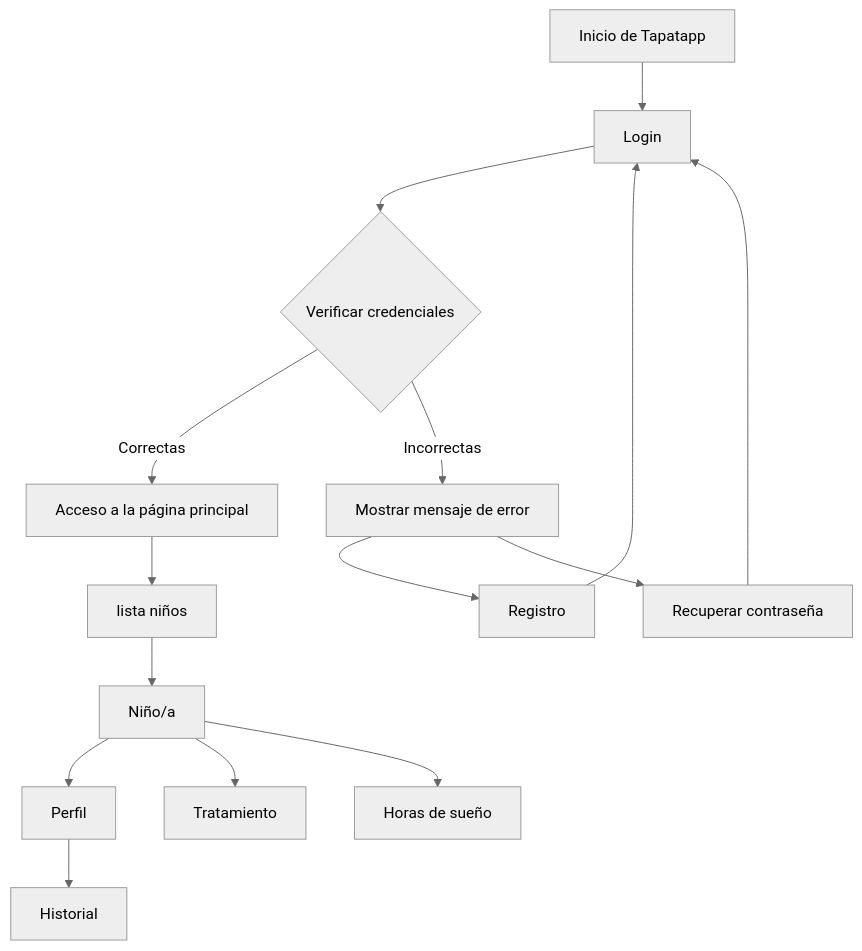
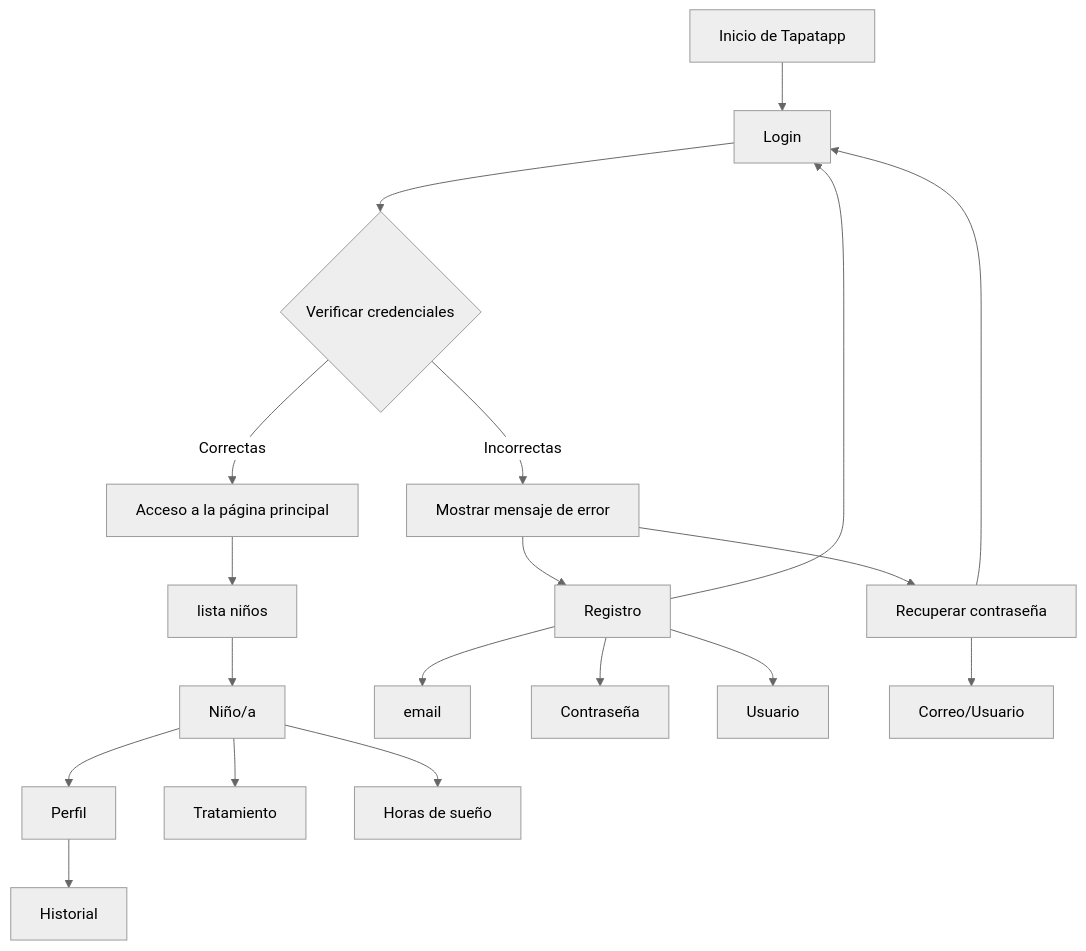
One commit to Verper021/tapatapp changed the diagram in inicidesessio.mermaid. Above: the diagram before and after it, drawn with Mermaid (neutral theme). The commit also changed other lines of this file, not shown here.

```diff
--- a/inicidesessio.mermaid
+++ b/inicidesessio.mermaid
@@ -1,15 +1,19 @@
 flowchart TD
     A[Inicio de Tapatapp] --> B[Login]
     B --> C{Verificar credenciales}
     C -->|Correctas| D[Acceso a la página principal]
     C -->|Incorrectas| E[Mostrar mensaje de error]
     G --> B
     D --> F[lista niños]
     E --> G[Registro]
     E --> H[Recuperar contraseña]
     H --> B
     F --> I[Niño/a]
     I --> J[Perfil]
     I --> K[Tratamiento]
     J --> L[Historial]
     I --> M[Horas de sueño]
+    G --> N[email]
+    G --> O[Contraseña]
+    G --> Q[Usuario]
+    H --> P[Correo/Usuario]
```
